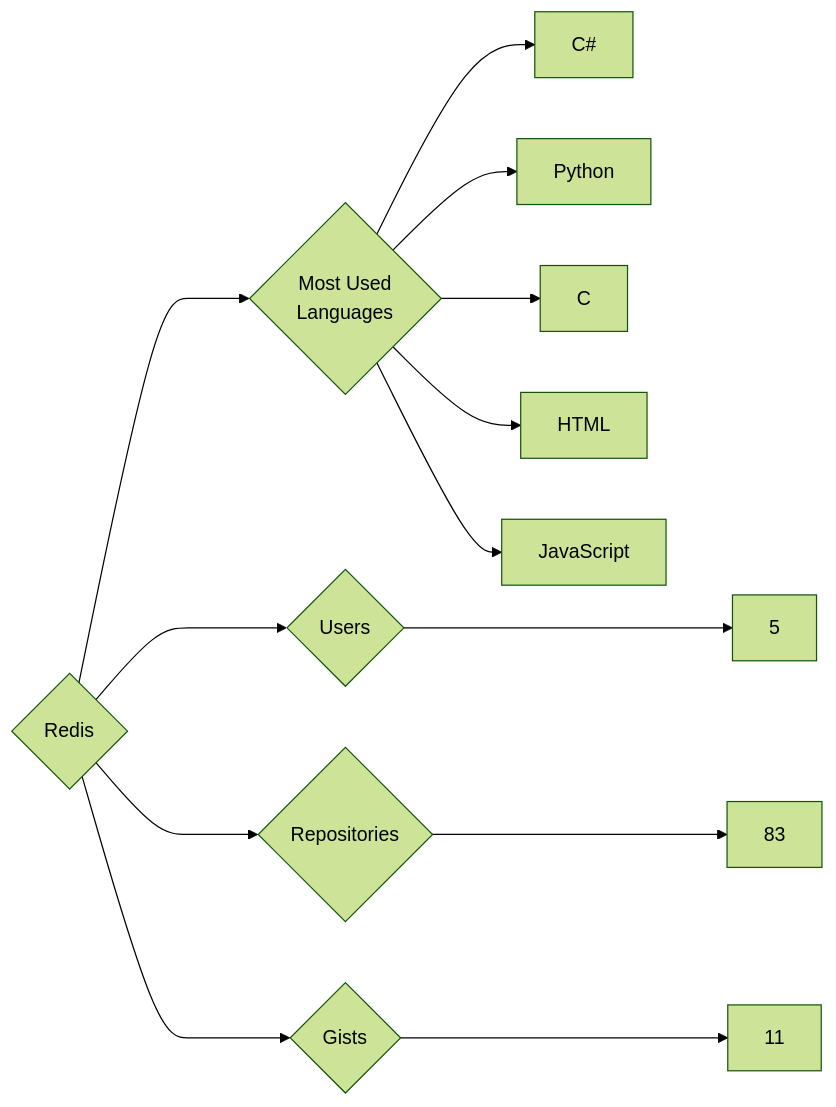
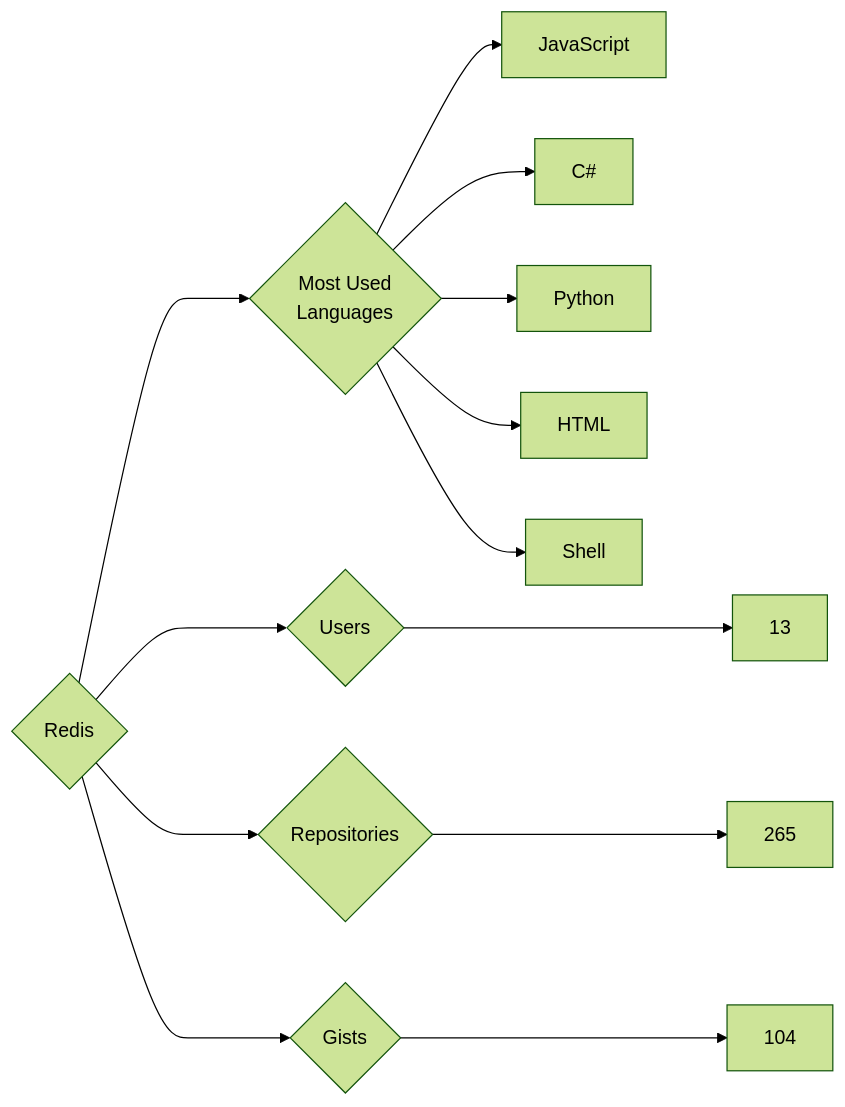
Before and after one commit to trickest/insiders: the diagram in targets/Redis/README.md, drawn with Mermaid (forest theme). The commit also changed 715 other files, not shown here.

````diff
--- a/targets/Redis/README.md
+++ b/targets/Redis/README.md
@@ -3,13 +3,13 @@
 ```mermaid
 graph LR
 COMPANY_NAME{Redis}
-COMPANY_NAME ---> U{Users} ---> UN[5]
-COMPANY_NAME ---> R{Repositories} ---> RN[83]
-COMPANY_NAME ---> G{Gists} ---> GN[11]
+COMPANY_NAME ---> U{Users} ---> UN[13]
+COMPANY_NAME ---> R{Repositories} ---> RN[265]
+COMPANY_NAME ---> G{Gists} ---> GN[104]
 COMPANY_NAME ---> ML{Most Used<br>Languages}
+ML --> JavaScript[JavaScript]
 ML --> C#[C#]
 ML --> Python[Python]
-ML --> C[C]
 ML --> HTML[HTML]
-ML --> JavaScript[JavaScript]
+ML --> Shell[Shell]
 ```
````
